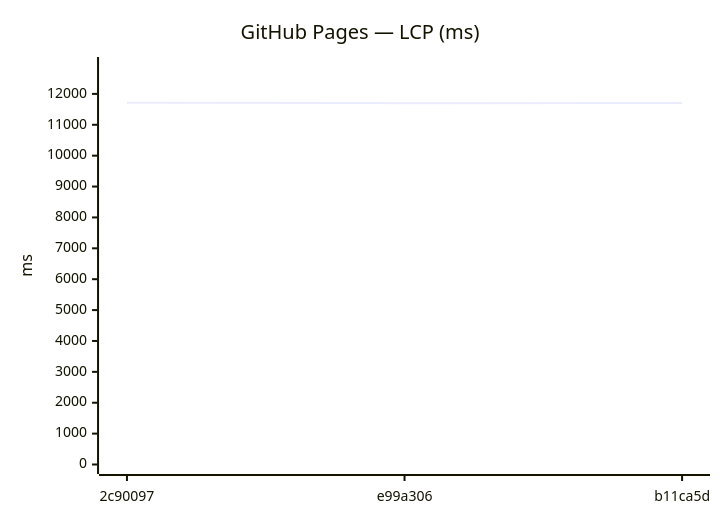
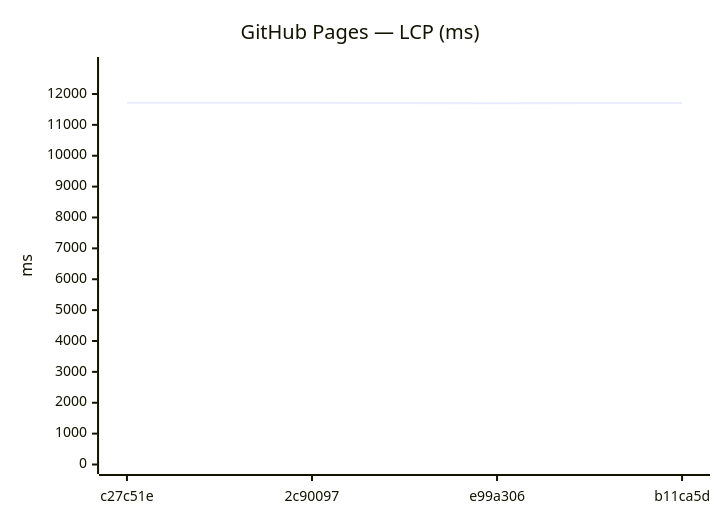
The third of 24 diagrams in benchmarks/compare.md (Metaheurist/Rianell), drawn with Mermaid before and after one commit. The commit also changed other lines of this file and 12 other files, not shown here.

````diff
--- a/benchmarks/compare.md
+++ b/benchmarks/compare.md
@@ -40,7 +42,7 @@
 ```mermaid
 xychart-beta
     title "GitHub Pages — LCP (ms)"
-    x-axis ["2c90097", "e99a306", "b11ca5d"]
-    y-axis "ms" 0 --> 12887
-    line [11715, 11701, 11707]
+    x-axis ["c27c51e", "2c90097", "e99a306", "b11ca5d"]
+    y-axis "ms" 0 --> 12890
+    line [11718, 11715, 11701, 11707]
 ```
````
